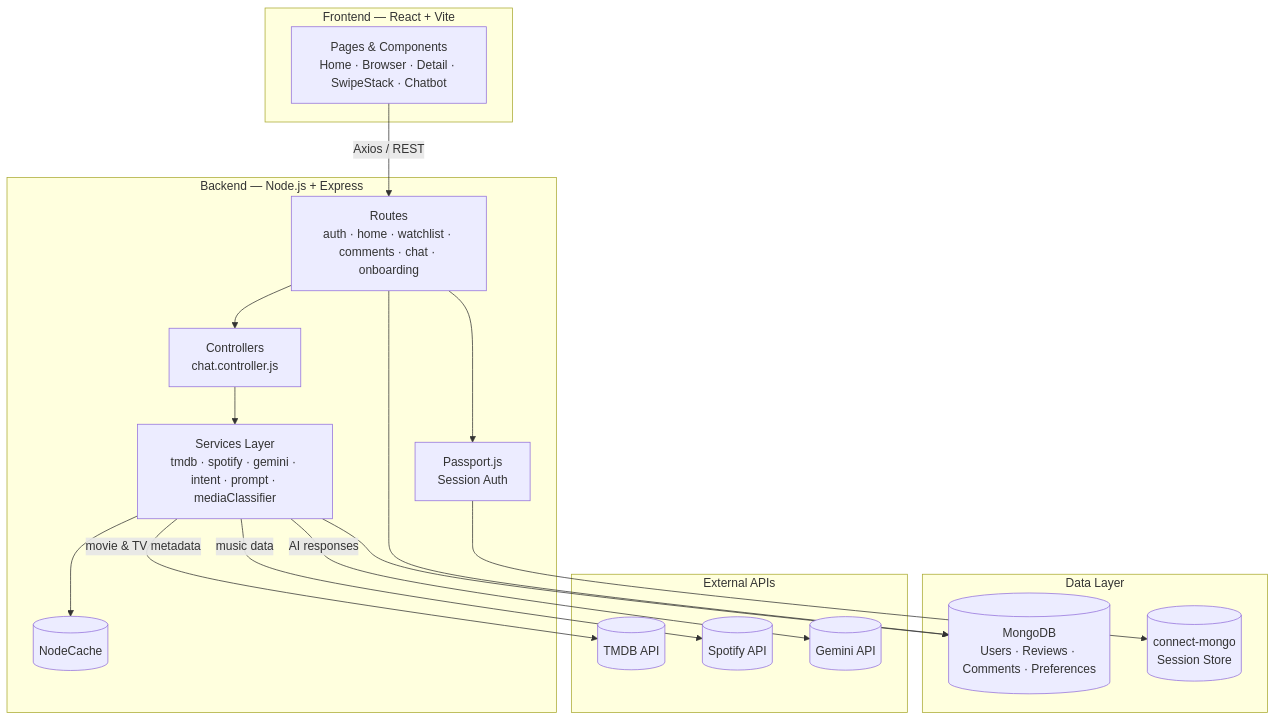
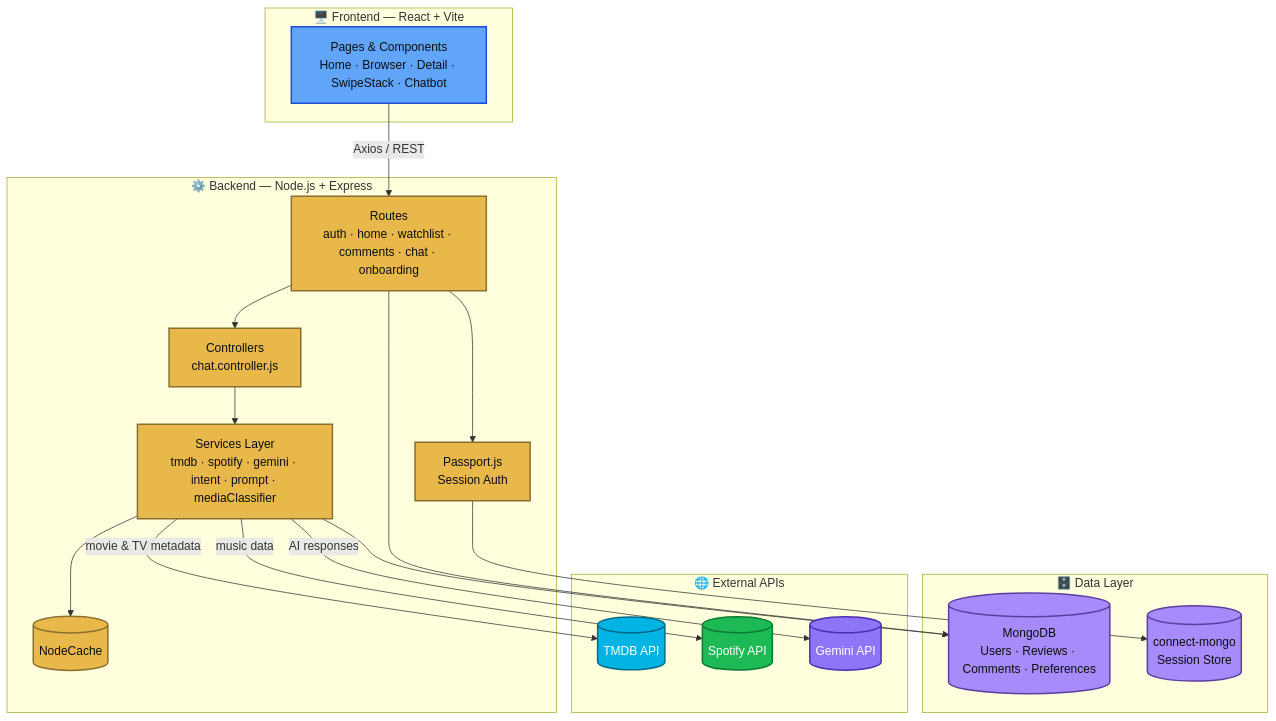
One commit to shiva122019/WatchVerse changed the first of 3 diagrams in readme.md. Above: the diagram before and after it, drawn with Mermaid. The commit also changed other lines of this file, not shown here.

First line of the commit message:
Revise README badges and architecture diagrams

````diff
--- a/readme.md
+++ b/readme.md
@@ -124,37 +127,51 @@
 ```mermaid
 flowchart TD
-    subgraph Client["Frontend — React + Vite"]
+    subgraph Client["🖥️ Frontend — React + Vite"]
         UI["Pages & Components<br/>Home · Browser · Detail · SwipeStack · Chatbot"]
     end
 
-    subgraph Server["Backend — Node.js + Express"]
+    subgraph Server["⚙️ Backend — Node.js + Express"]
         Routes["Routes<br/>auth · home · watchlist · comments · chat · onboarding"]
         Auth["Passport.js<br/>Session Auth"]
         Ctrl["Controllers<br/>chat.controller.js"]
         Services["Services Layer<br/>tmdb · spotify · gemini · intent · prompt · mediaClassifier"]
         Cache[("NodeCache")]
     end
 
-    subgraph Data["Data Layer"]
+    subgraph Data["🗄️ Data Layer"]
         Mongo[("MongoDB<br/>Users · Reviews · Comments · Preferences")]
         SessionStore[("connect-mongo<br/>Session Store")]
     end
 
-    subgraph External["External APIs"]
+    subgraph External["🌐 External APIs"]
         TMDB[("TMDB API")]
         Spotify[("Spotify API")]
         Gemini[("Gemini API")]
     end
 
     UI -- "Axios / REST" --> Routes
     Routes --> Auth
     Routes --> Ctrl
     Ctrl --> Services
     Auth --> SessionStore
     Services --> Cache
     Services --> Mongo
     Services -- "movie & TV metadata" --> TMDB
     Services -- "music data" --> Spotify
     Services -- "AI responses" --> Gemini
     Routes --> Mongo
+
+    classDef client fill:#60a5fa,stroke:#1d4ed8,stroke-width:2px,color:#0b0e14
+    classDef server fill:#e8b84b,stroke:#8a6f2e,stroke-width:2px,color:#0b0e14
+    classDef data fill:#a78bfa,stroke:#5b3fa0,stroke-width:2px,color:#0b0e14
+    classDef tmdb fill:#01b4e4,stroke:#016a86,stroke-width:2px,color:#ffffff
+    classDef spotify fill:#1db954,stroke:#0f7a34,stroke-width:2px,color:#ffffff
+    classDef gemini fill:#8e75f7,stroke:#4c2fb0,stroke-width:2px,color:#ffffff
+
+    class UI client
+    class Routes,Auth,Ctrl,Services,Cache server
+    class Mongo,SessionStore data
+    class TMDB tmdb
+    class Spotify spotify
+    class Gemini gemini
 ```
````
